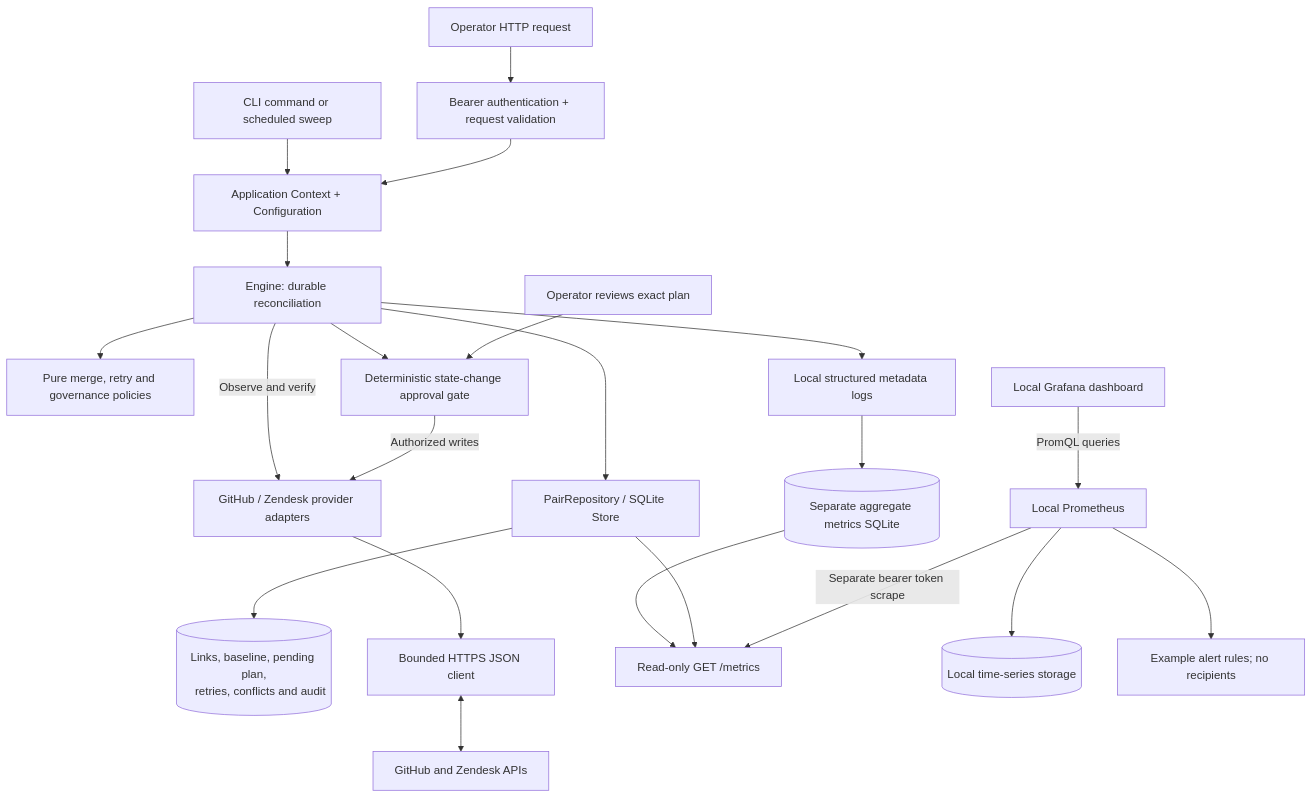
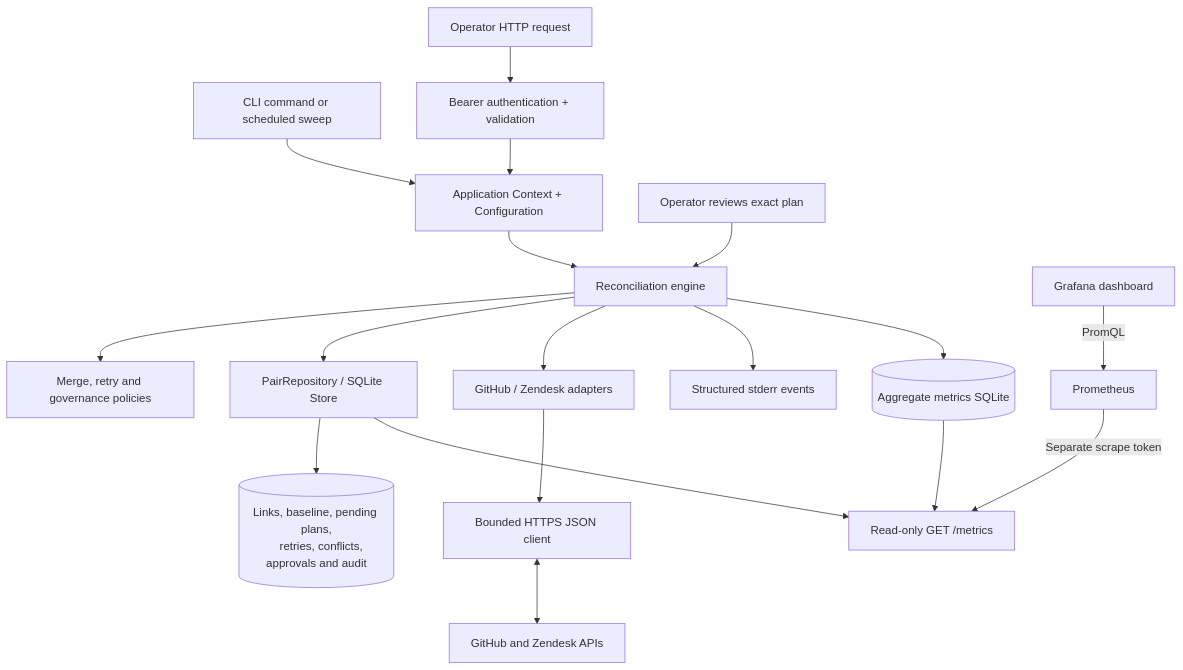
One commit to AlbertFlorescu/support-bridge changed the diagram in docs/ARCHITECTURE.md. Above: the diagram before and after it, drawn with Mermaid. The commit also changed other lines of this file and 7 other files, not shown here.

````diff
--- a/docs/ARCHITECTURE.md
+++ b/docs/ARCHITECTURE.md
@@ -23,25 +17,21 @@
 ```mermaid
 flowchart TD
     CLI[CLI command or scheduled sweep] --> Context[Application Context + Configuration]
-    Operator[Operator HTTP request] --> Auth[Bearer authentication + request validation]
+    Operator[Operator HTTP request] --> Auth[Bearer authentication + validation]
     Auth --> Context
-    Context --> Engine[Engine: durable reconciliation]
-    Engine --> Policies[Pure merge, retry and governance policies]
-    Engine --> Gate[Deterministic state-change approval gate]
-    Reviewer[Operator reviews exact plan] --> Gate
+    Context --> Engine[Reconciliation engine]
+    Engine --> Policies[Merge, retry and governance policies]
+    Reviewer[Operator reviews exact plan] --> Engine
     Engine --> Store[PairRepository / SQLite Store]
-    Store --> DB[(Links, baseline, pending plan,
-    retries, conflicts and audit)]
-    Engine -->|Observe and verify| Providers[GitHub / Zendesk provider adapters]
-    Gate -->|Authorized writes| Providers
+    Store --> DB[(Links, baseline, pending plans,
+    retries, conflicts, approvals and audit)]
+    Engine --> Providers[GitHub / Zendesk adapters]
     Providers --> Transport[Bounded HTTPS JSON client]
     Transport <--> APIs[GitHub and Zendesk APIs]
-    Engine --> Logs[Local structured metadata logs]
-    Logs --> MetricsDB[(Separate aggregate metrics SQLite)]
+    Engine --> Logs[Structured stderr events]
+    Engine --> MetricsDB[(Aggregate metrics SQLite)]
     MetricsDB --> Exporter[Read-only GET /metrics]
     Store --> Exporter
-    Prometheus[Local Prometheus] -->|Separate bearer token scrape| Exporter
-    Prometheus --> TimeSeries[(Local time-series storage)]
-    Prometheus --> Rules[Example alert rules; no recipients]
-    Grafana[Local Grafana dashboard] -->|PromQL queries| Prometheus
+    Prometheus[Prometheus] -->|Separate scrape token| Exporter
+    Grafana[Grafana dashboard] -->|PromQL| Prometheus
 ```
````
